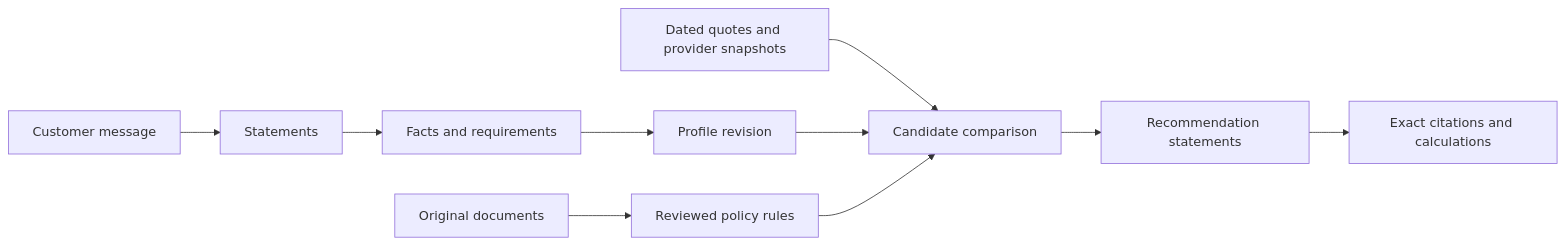
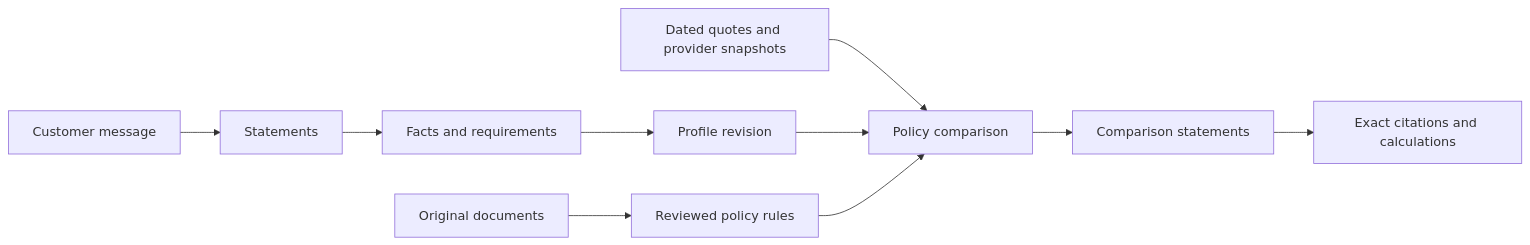
Before and after one commit to VipraTech-Global/health-insurance-agent: the diagram in research/design/FINAL_DATABASE_DESIGN.md, drawn with Mermaid. The commit also changed other lines of this file and 12 other files, not shown here.

````diff
--- a/research/design/FINAL_DATABASE_DESIGN.md
+++ b/research/design/FINAL_DATABASE_DESIGN.md
@@ -17,12 +17,12 @@
 ```mermaid
 flowchart LR
     M[Customer message] --> S[Statements]
     S --> F[Facts and requirements]
     F --> P[Profile revision]
     O[Original documents] --> R[Reviewed policy rules]
-    Q[Dated quotes and provider snapshots] --> C[Candidate comparison]
+    Q[Dated quotes and provider snapshots] --> C[Policy comparison]
     P --> C
     R --> C
-    C --> A[Recommendation statements]
+    C --> A[Comparison statements]
     A --> E[Exact citations and calculations]
 ```
````
